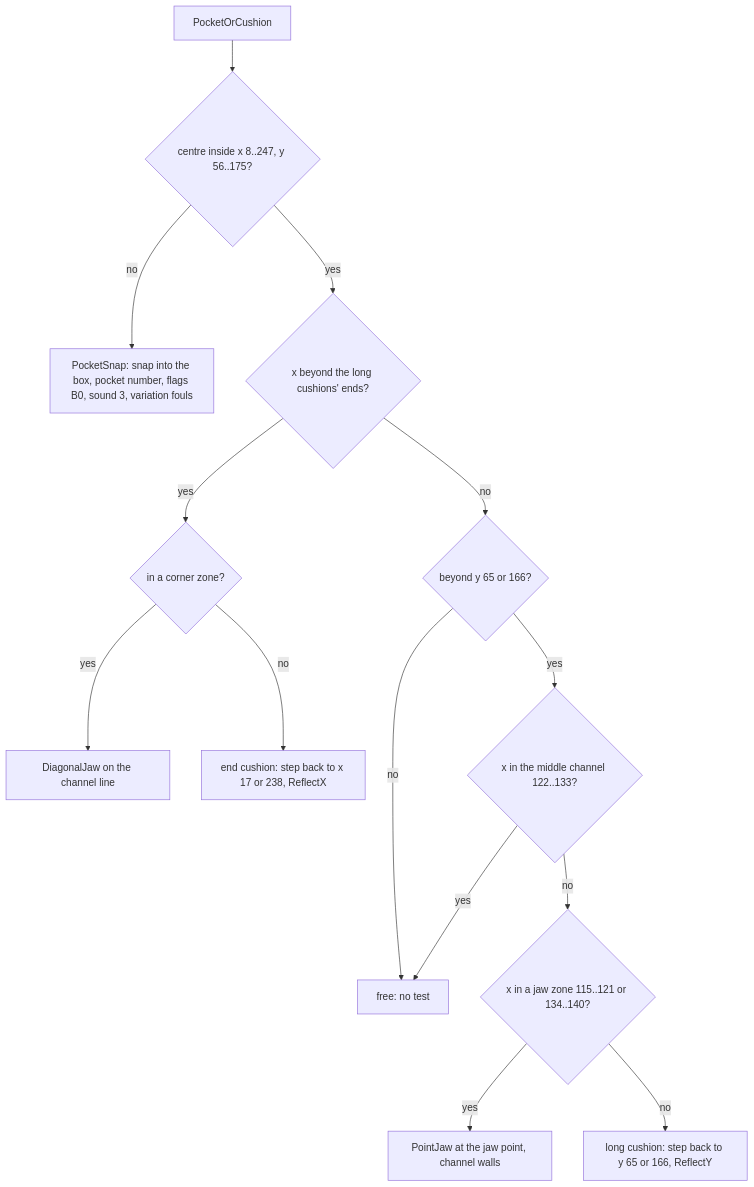
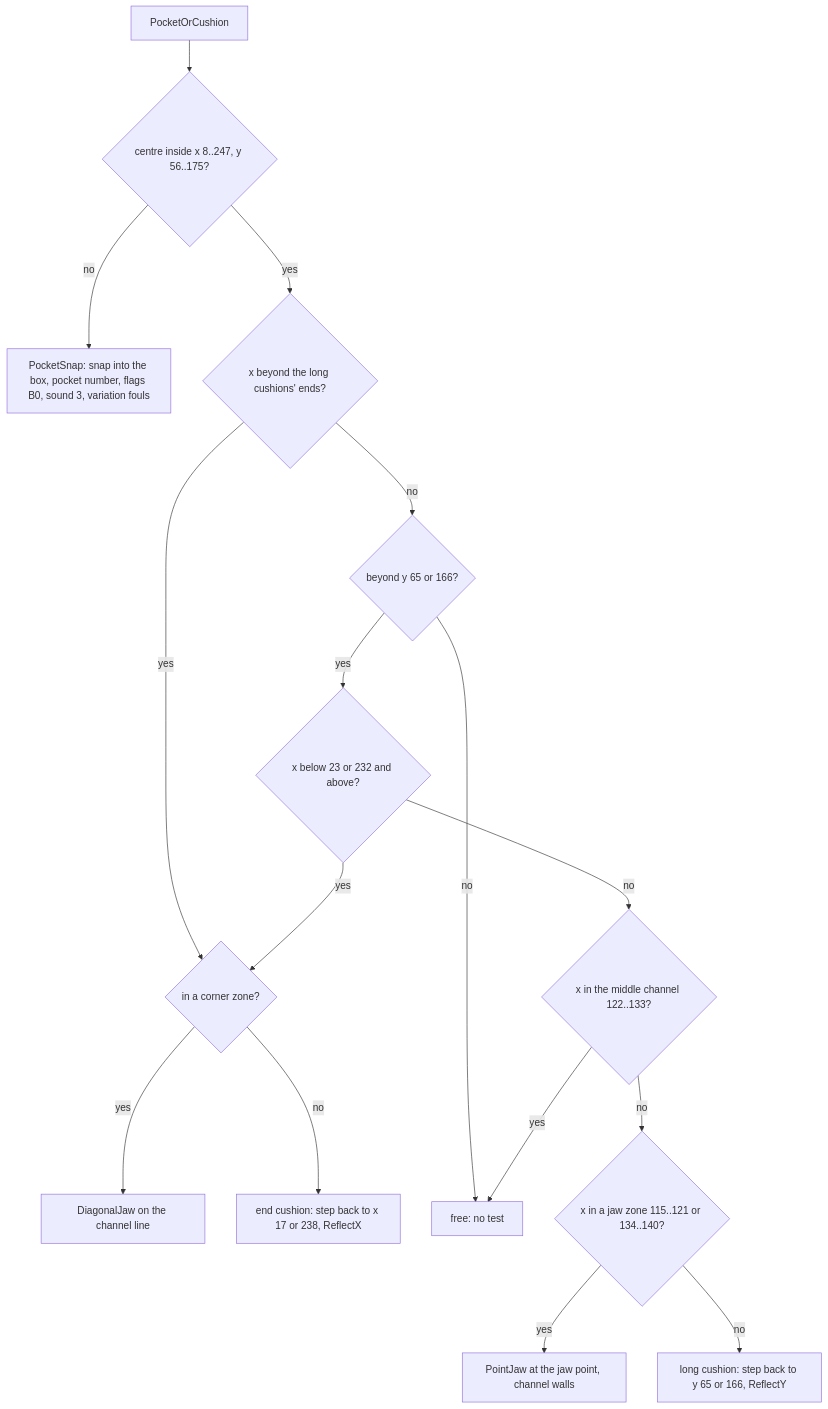
Before and after one commit to alfishe/unrealng-reverse-cases: the fourth of 13 diagrams in games/video-pool/docs/10-gameplay-logic.md, drawn with Mermaid. The commit also changed other lines of this file and 51 other files, not shown here.

````diff
--- a/games/video-pool/docs/10-gameplay-logic.md
+++ b/games/video-pool/docs/10-gameplay-logic.md
@@ -300,16 +328,18 @@
 ```mermaid
 flowchart TD
     A[PocketOrCushion] --> B{centre inside x 8..247, y 56..175?}
     B -- no --> P[PocketSnap: snap into the box, pocket number, flags B0, sound 3, variation fouls]
     B -- yes --> C{x beyond the long cushions' ends?}
     C -- yes --> D{in a corner zone?}
     D -- yes --> J[DiagonalJaw on the channel line]
     D -- no --> X[end cushion: step back to x 17 or 238, ReflectX]
     C -- no --> E{beyond y 65 or 166?}
     E -- no --> F[free: no test]
-    E -- yes --> G{x in the middle channel 122..133?}
+    E -- yes --> Q{x below 23 or 232 and above?}
+    Q -- yes --> D
+    Q -- no --> G{x in the middle channel 122..133?}
     G -- yes --> F
     G -- no --> H{x in a jaw zone 115..121 or 134..140?}
     H -- yes --> K[PointJaw at the jaw point, channel walls]
     H -- no --> Y[long cushion: step back to y 65 or 166, ReflectY]
 ```
````
